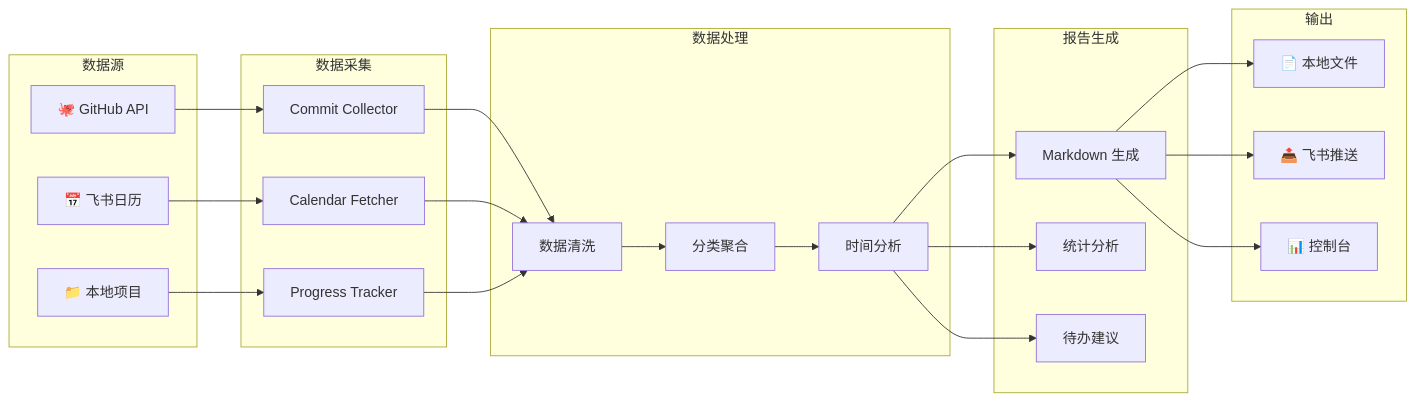
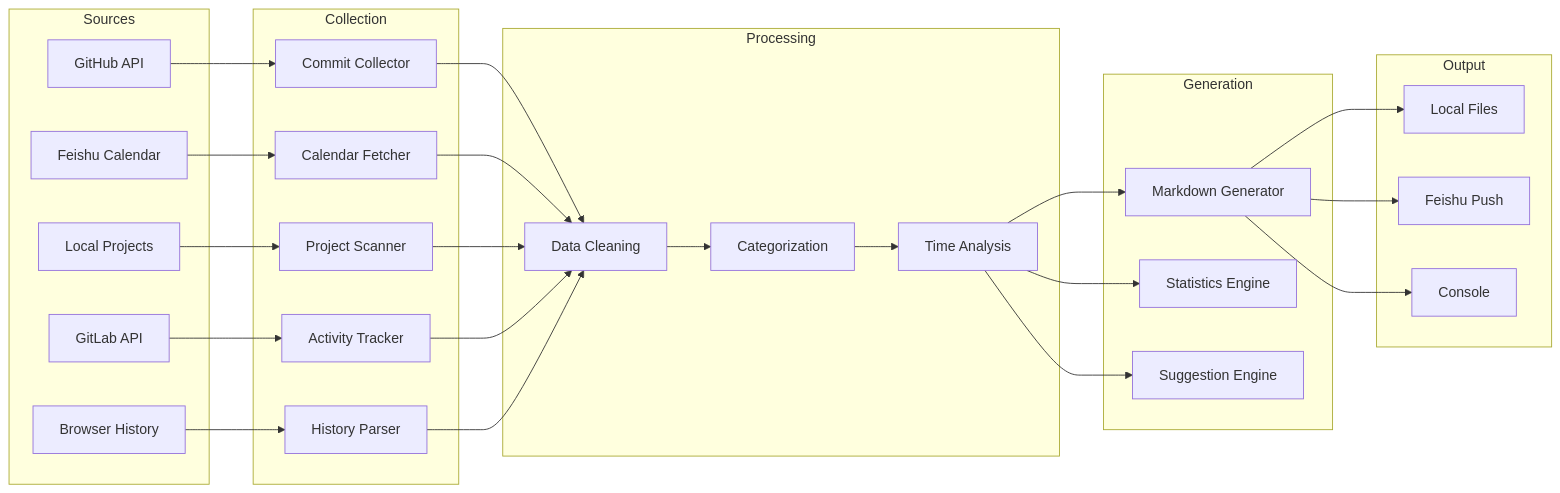
One commit to lizuyi-6/daily-work-summary changed the first of 2 diagrams in README.md. Above: the diagram before and after it, drawn with Mermaid. The commit also changed other lines of this file, not shown here.

````diff
--- a/README.md
+++ b/README.md
@@ -105,51 +52,59 @@
 ```mermaid
 flowchart LR
-    subgraph 数据源
-        A1[🐙 GitHub API]
-        A2[📅 飞书日历]
-        A3[📁 本地项目]
+    subgraph Sources
+        A1[GitHub API]
+        A2[Feishu Calendar]
+        A3[Local Projects]
+        A4[GitLab API]
+        A5[Browser History]
     end
     
-    subgraph 数据采集
+    subgraph Collection
         B1[Commit Collector]
         B2[Calendar Fetcher]
-        B3[Progress Tracker]
+        B3[Project Scanner]
+        B4[Activity Tracker]
+        B5[History Parser]
     end
     
-    subgraph 数据处理
-        C1[数据清洗]
-        C2[分类聚合]
-        C3[时间分析]
+    subgraph Processing
+        C1[Data Cleaning]
+        C2[Categorization]
+        C3[Time Analysis]
     end
     
-    subgraph 报告生成
-        D1[Markdown 生成]
-        D2[统计分析]
-        D3[待办建议]
+    subgraph Generation
+        D1[Markdown Generator]
+        D2[Statistics Engine]
+        D3[Suggestion Engine]
     end
     
-    subgraph 输出
-        E1[📄 本地文件]
-        E2[📤 飞书推送]
-        E3[📊 控制台]
+    subgraph Output
+        E1[Local Files]
+        E2[Feishu Push]
+        E3[Console]
     end
     
     A1 --> B1
     A2 --> B2
     A3 --> B3
+    A4 --> B4
+    A5 --> B5
     
     B1 --> C1
     B2 --> C1
     B3 --> C1
+    B4 --> C1
+    B5 --> C1
     
     C1 --> C2
     C2 --> C3
     
     C3 --> D1
     C3 --> D2
     C3 --> D3
     
     D1 --> E1
     D1 --> E2
     D1 --> E3
 ```
````
